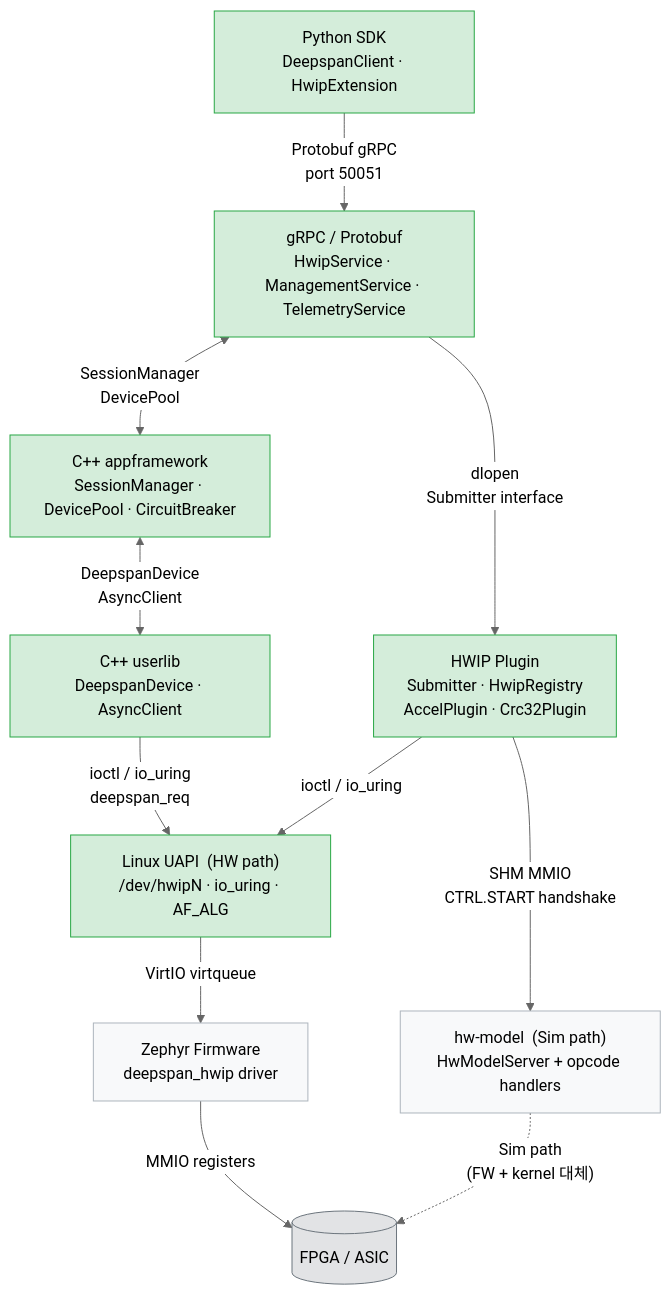
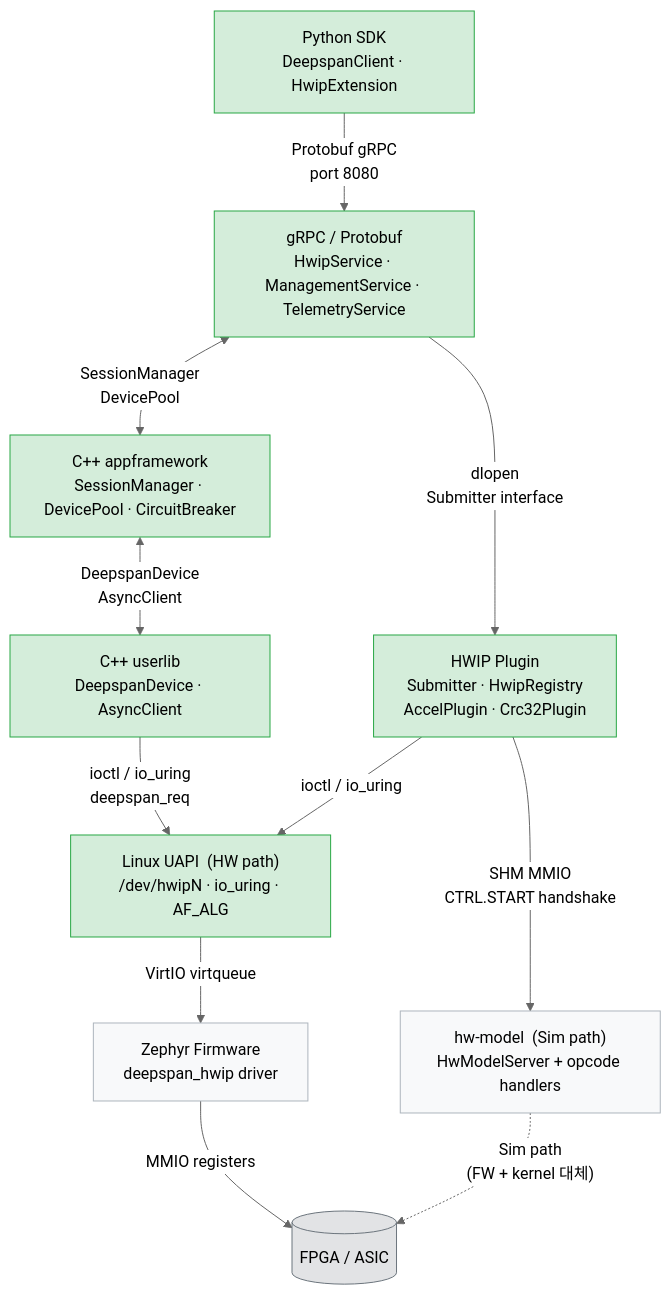
Before and after one commit to henny-cho/deepspan: the diagram in STABLE_API.md, drawn with Mermaid (neutral theme). The commit also changed other lines of this file and 5 other files, not shown here.

````diff
--- a/STABLE_API.md
+++ b/STABLE_API.md
@@ -10,33 +10,33 @@
 ```mermaid
 flowchart TB
     SDK["Python SDK\nDeepspanClient · HwipExtension"]
     PROTO["gRPC / Protobuf\nHwipService · ManagementService · TelemetryService"]
     APPFW["C++ appframework\nSessionManager · DevicePool · CircuitBreaker"]
     USERLIB["C++ userlib\nDeepspanDevice · AsyncClient"]
     PLUGIN["HWIP Plugin\nSubmitter · HwipRegistry\nAccelPlugin · Crc32Plugin"]
     HWMODEL["hw-model  (Sim path)\nHwModelServer + opcode handlers"]
     UAPI["Linux UAPI  (HW path)\n/dev/hwipN · io_uring · AF_ALG"]
     FW["Zephyr Firmware\ndeepspan_hwip driver"]
     HW[("FPGA / ASIC")]
 
-    SDK      -->|"Protobuf gRPC\nport 50051"| PROTO
+    SDK      -->|"Protobuf gRPC\nport 8080"| PROTO
     PROTO    <-->|"SessionManager\nDevicePool"| APPFW
     PROTO    -->|"dlopen\nSubmitter interface"| PLUGIN
     APPFW    <-->|"DeepspanDevice\nAsyncClient"| USERLIB
     USERLIB  -->|"ioctl / io_uring\ndeepspan_req"| UAPI
     PLUGIN   -->|"SHM MMIO\nCTRL.START handshake"| HWMODEL
     PLUGIN   -->|"ioctl / io_uring"| UAPI
     UAPI     -->|"VirtIO virtqueue"| FW
     FW       -->|"MMIO registers"| HW
     HWMODEL  -. "Sim path\n(FW + kernel 대체)" .-> HW
 
     style SDK     fill:#d4edda,stroke:#28a745
     style PROTO   fill:#d4edda,stroke:#28a745
     style APPFW   fill:#d4edda,stroke:#28a745
     style USERLIB fill:#d4edda,stroke:#28a745
     style PLUGIN  fill:#d4edda,stroke:#28a745
     style UAPI    fill:#d4edda,stroke:#28a745
     style HWMODEL fill:#f8f9fa,stroke:#adb5bd
     style FW      fill:#f8f9fa,stroke:#adb5bd
     style HW      fill:#e2e3e5,stroke:#6c757d
 ```
````
